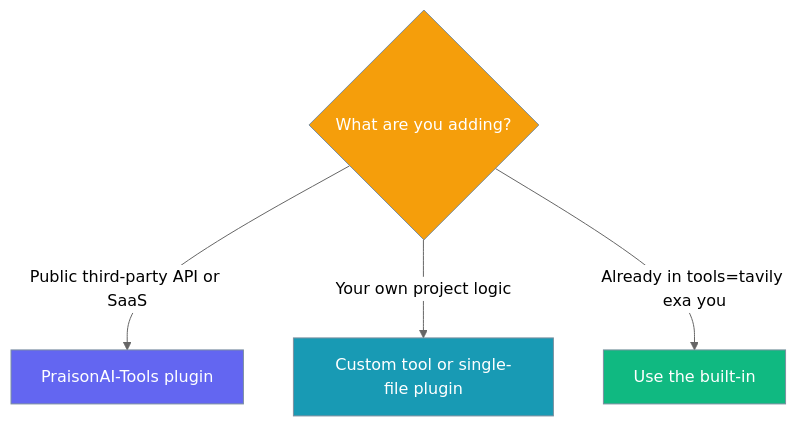
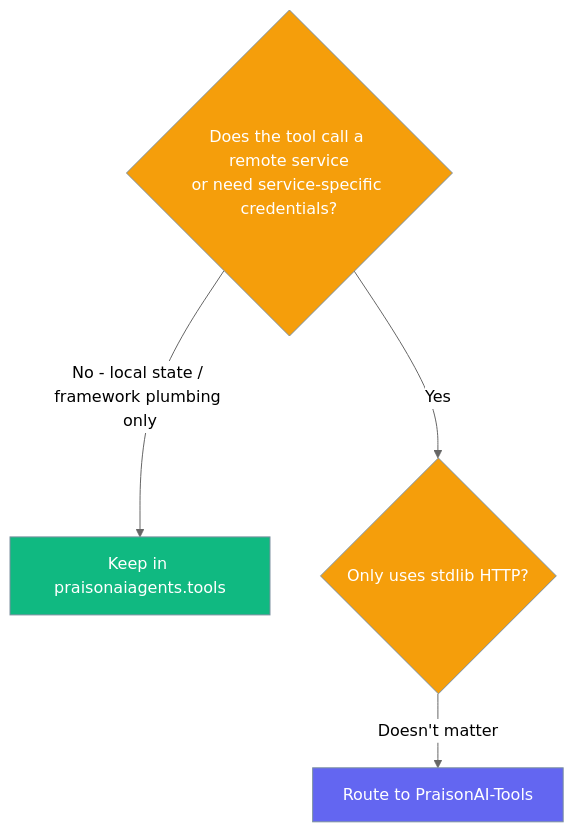
One commit to MervinPraison/PraisonAIDocs changed the fourth of 5 diagrams in docs/features/vendor-tools.mdx. Above: the diagram before and after it, drawn with Mermaid (neutral theme). The commit also changed other lines of this file and 2 other files, not shown here.

Commit message:
docs: clarify tool routing vs fencing on Vendor Tools pages (fixes #4554)

````diff
--- a/docs/features/vendor-tools.mdx
+++ b/docs/features/vendor-tools.mdx
@@ -111,17 +126,15 @@
 ```mermaid
 graph TB
-    Q{What are you adding?}
-    Q -->|Public third-party API or SaaS| V[PraisonAI-Tools plugin]
-    Q -->|Your own project logic| C[Custom tool or single-file plugin]
-    Q -->|Already in tools=tavily exa you| B[Use the built-in]
+    Q{Does the tool call a remote service<br/>or need service-specific credentials?}
+    Q -->|No - local state / framework plumbing only| Core[Keep in praisonaiagents.tools]
+    Q -->|Yes| Stdlib{Only uses stdlib HTTP?}
+    Stdlib -->|Doesn't matter| Route[Route to PraisonAI-Tools]
 
     classDef q fill:#F59E0B,stroke:#7C90A0,color:#fff
-    classDef v fill:#6366F1,stroke:#7C90A0,color:#fff
-    classDef c fill:#189AB4,stroke:#7C90A0,color:#fff
-    classDef b fill:#10B981,stroke:#7C90A0,color:#fff
+    classDef core fill:#10B981,stroke:#7C90A0,color:#fff
+    classDef route fill:#6366F1,stroke:#7C90A0,color:#fff
 
-    class Q q
-    class V v
-    class C c
-    class B b
+    class Q,Stdlib q
+    class Core core
+    class Route route
 ```
````
